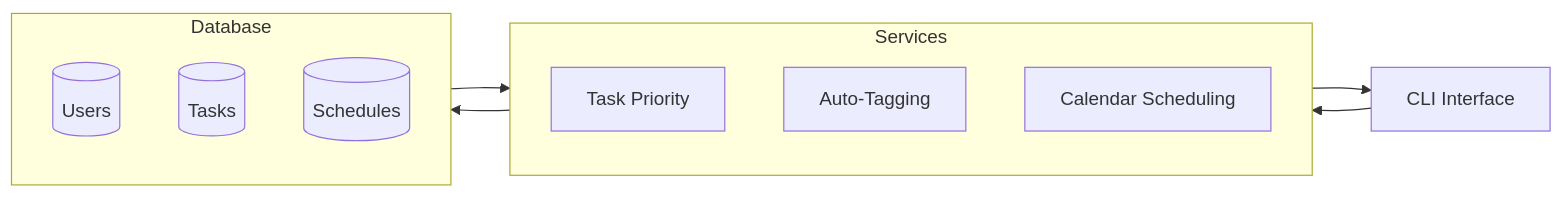
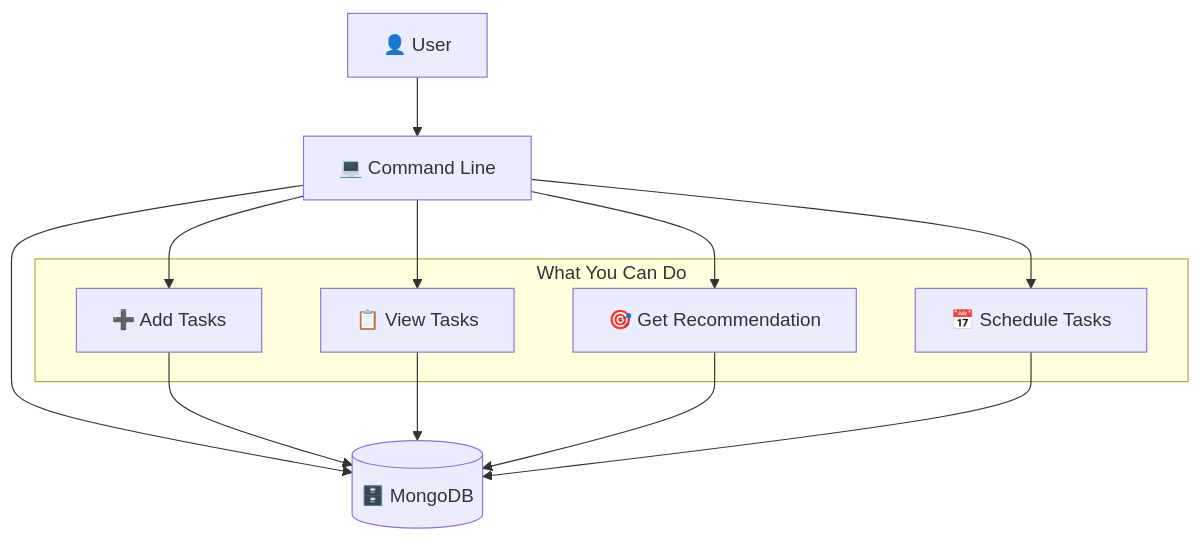
Before and after one commit to galwolfer/MOJO: the second of 5 diagrams in WORKFLOW.md, drawn with Mermaid. The commit also changed other lines of this file and 2 other files, not shown here.

````diff
--- a/WORKFLOW.md
+++ b/WORKFLOW.md
@@ -34,19 +25,15 @@
 ```mermaid
-flowchart LR
-    CLI[CLI Interface] --> Services[Business Logic]
-    Services --> Database[(MongoDB)]
-    Database --> Services
-    Services --> CLI
+flowchart TB
+    User[👤 User] --> CLI[💻 Command Line]
+    CLI --> DB[(🗄️ MongoDB)]
     
-    subgraph Services
-        Priority[Task Priority]
-        Tags[Auto-Tagging]
-        Schedule[Calendar Scheduling]
+    subgraph "What You Can Do"
+        M1[➕ Add Tasks]
+        M2[📋 View Tasks]
+        M3[🎯 Get Recommendation]
+        M4[📅 Schedule Tasks]
     end
     
-    subgraph Database
-        Users[(Users)]
-        Tasks[(Tasks)]
-        Schedules[(Schedules)]
-    end
+    CLI --> M1 & M2 & M3 & M4
+    M1 & M2 & M3 & M4 --> DB
 ```
````
